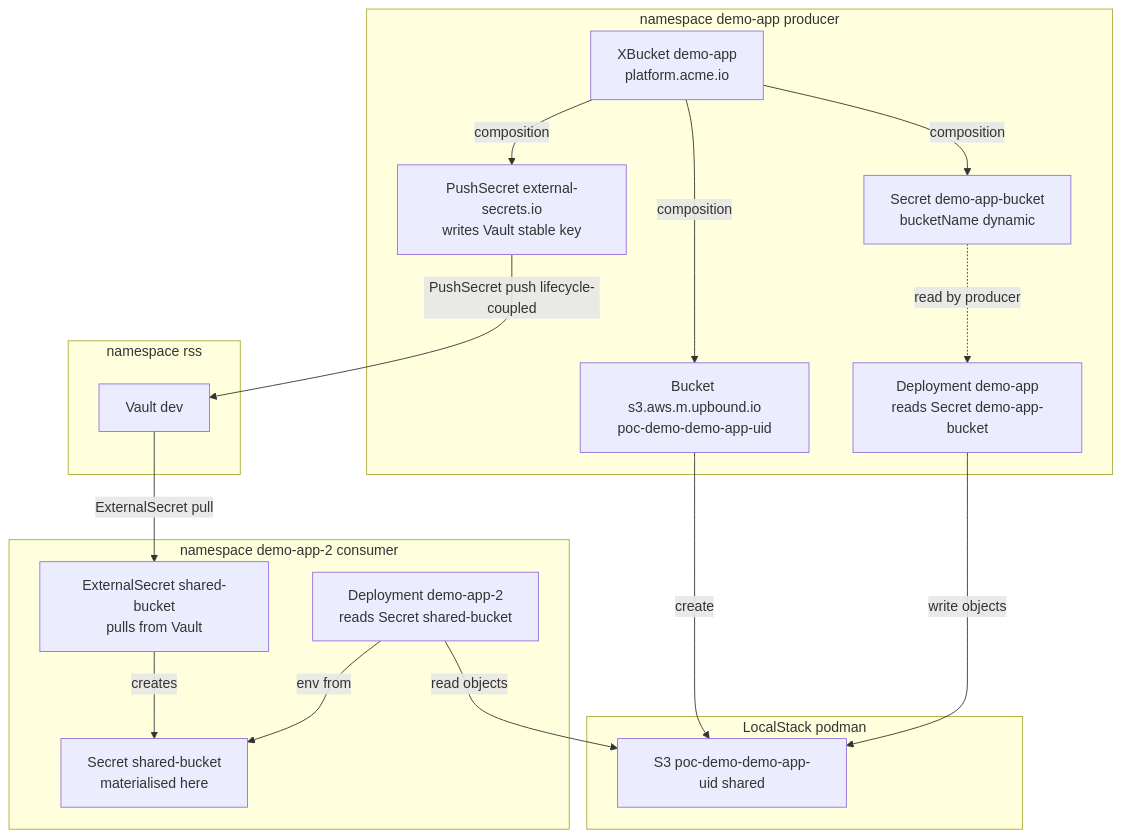
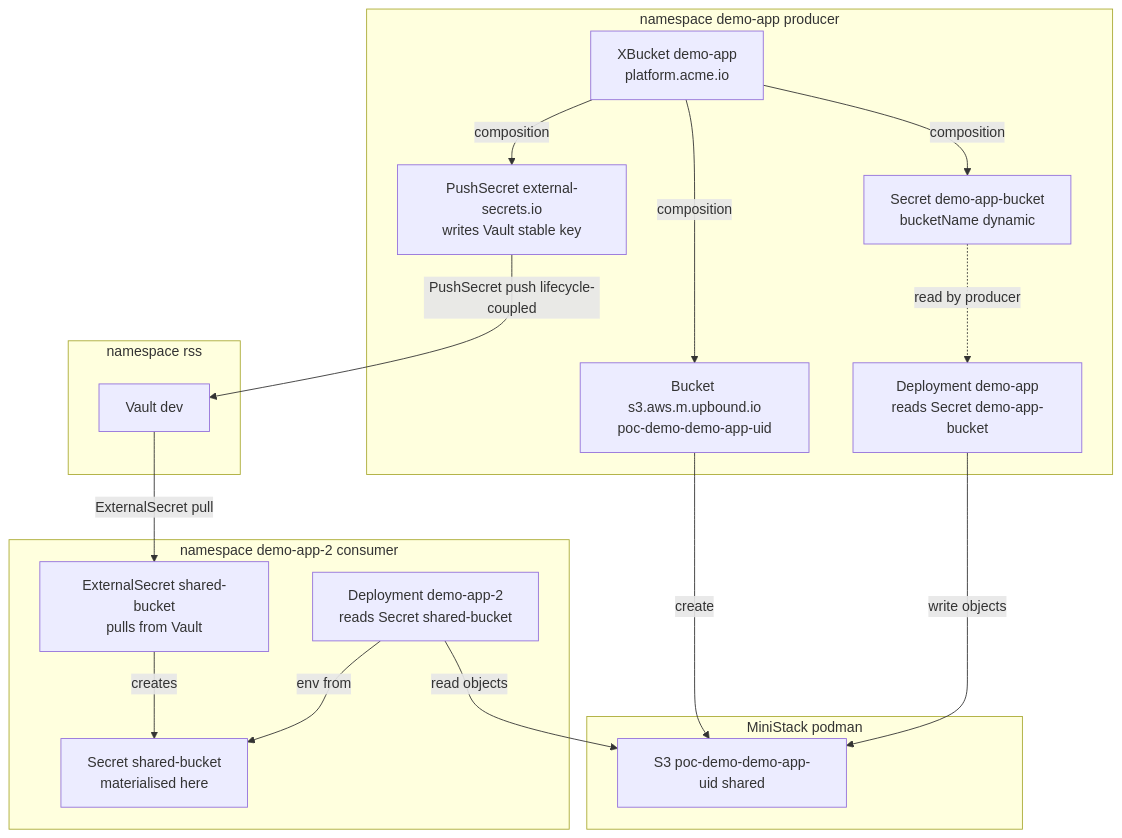
Before and after one commit to alfonzjanfrithz/crossplane-poc-v2: the diagram in README.md, drawn with Mermaid. The commit also changed other lines of this file and 12 other files, not shown here.

Commit message:
Replace LocalStack with MiniStack (free MIT-licensed alternative)

````diff
--- a/README.md
+++ b/README.md
@@ -57,32 +57,32 @@
 ```mermaid
 flowchart TD
   subgraph NS1["namespace demo-app producer"]
     APP["Deployment demo-app<br/>reads Secret demo-app-bucket"]
     XR["XBucket demo-app<br/>platform.acme.io"]
     BKT["Bucket s3.aws.m.upbound.io<br/>poc-demo-demo-app-uid"]
     SEC["Secret demo-app-bucket<br/>bucketName dynamic"]
     PS["PushSecret external-secrets.io<br/>writes Vault stable key"]
   end
   subgraph NS2["namespace demo-app-2 consumer"]
     ES["ExternalSecret shared-bucket<br/>pulls from Vault"]
     SEC2["Secret shared-bucket<br/>materialised here"]
     APP2["Deployment demo-app-2<br/>reads Secret shared-bucket"]
   end
   XR -->|"composition"| BKT
   XR -->|"composition"| SEC
   XR -->|"composition"| PS
   SEC -.->|"read by producer"| APP
-  subgraph LS["LocalStack podman"]
+  subgraph LS["MiniStack podman"]
     S3["S3 poc-demo-demo-app-uid shared"]
   end
   BKT -->|"create"| S3
   APP -->|"write objects"| S3
   APP2 -->|"read objects"| S3
   subgraph RSS["namespace rss"]
     VAULT["Vault dev"]
   end
   PS -->|"PushSecret push lifecycle-coupled"| VAULT
   VAULT -->|"ExternalSecret pull"| ES
   ES -->|"creates"| SEC2
   APP2 -->|"env from"| SEC2
 ```
````
